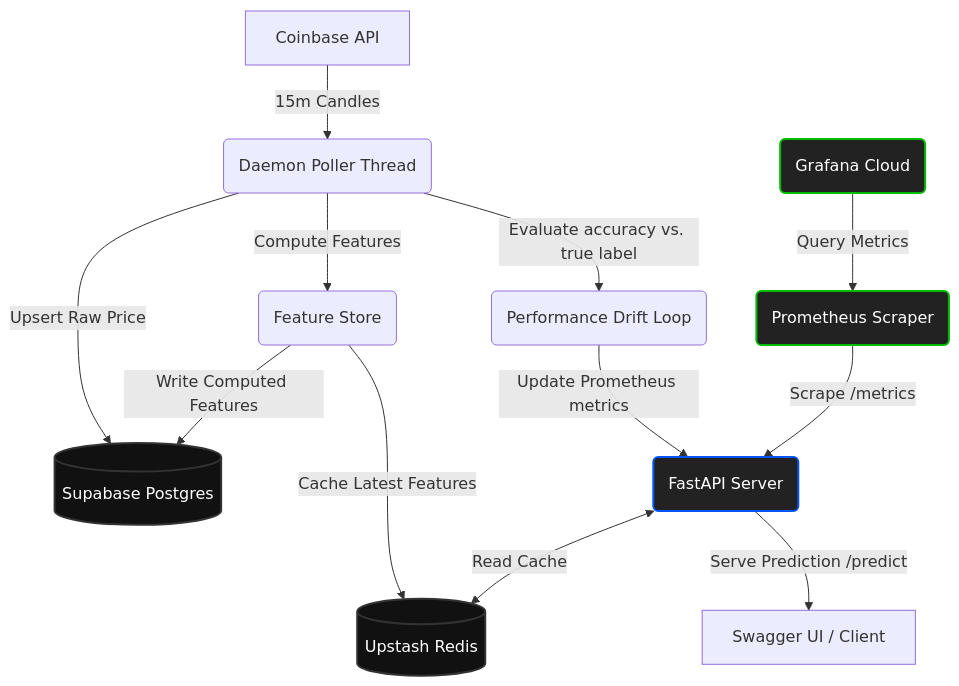
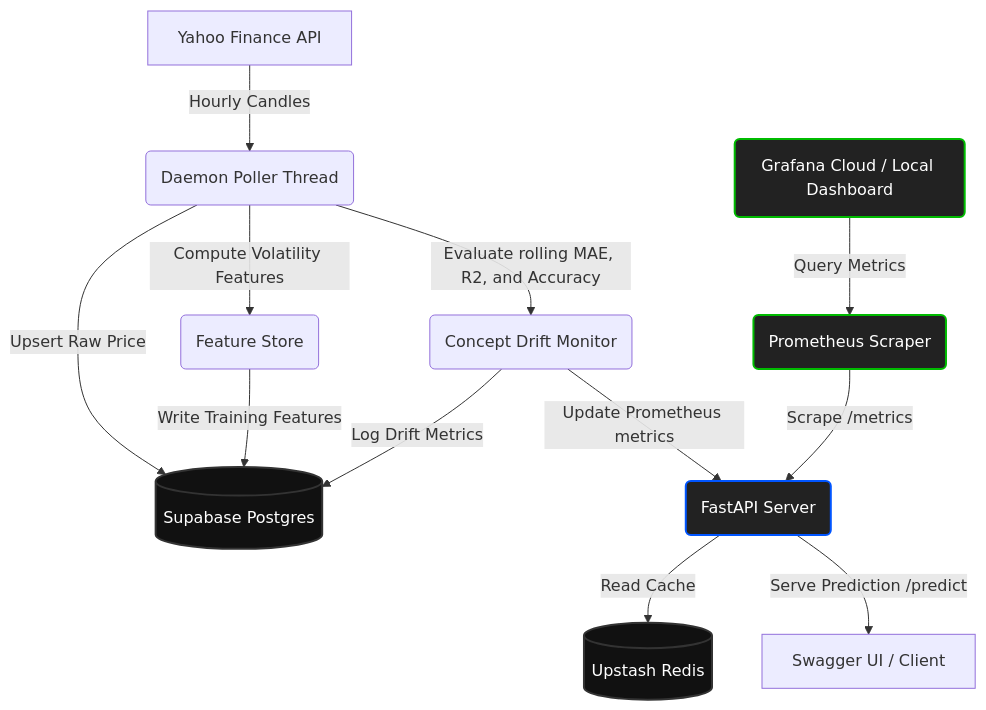
One commit to ShhlokRastogi/Realtime-nifty-pred-pipeline changed the diagram in README.md. Above: the diagram before and after it, drawn with Mermaid. The commit also changed other lines of this file and 6 other files, not shown here.

````diff
--- a/README.md
+++ b/README.md
@@ -11,21 +11,21 @@
 ```mermaid
 graph TD
     classDef database fill:#111,stroke:#333,stroke-width:2px,color:#fff;
     classDef service fill:#222,stroke:#05F,stroke-width:2px,color:#fff;
     classDef monitor fill:#222,stroke:#0B0,stroke-width:2px,color:#fff;
 
-    A[Coinbase API] -->|15m Candles| B(Daemon Poller Thread)
+    A[Yahoo Finance API] -->|Hourly Candles| B(Daemon Poller Thread)
     B -->|Upsert Raw Price| C[(Supabase Postgres)]:::database
-    B -->|Compute Features| D(Feature Store)
-    D -->|Write Computed Features| C
-    D -->|Cache Latest Features| E[(Upstash Redis)]:::database
+    B -->|Compute Volatility Features| D(Feature Store)
+    D -->|Write Training Features| C
     
-    F(FastAPI Server):::service <-->|Read Cache| E
+    F(FastAPI Server):::service -->|Read Cache| E[(Upstash Redis)]:::database
     F -->|Serve Prediction /predict| G[Swagger UI / Client]
     
-    B -->|Evaluate accuracy vs. true label| H(Performance Drift Loop)
+    B -->|Evaluate rolling MAE, R2, and Accuracy| H(Concept Drift Monitor)
+    H -->|Log Drift Metrics| C
     H -->|Update Prometheus metrics| F
     
     I(Prometheus Scraper):::monitor -->|Scrape /metrics| F
-    J(Grafana Cloud):::monitor -->|Query Metrics| I
+    J(Grafana Cloud / Local Dashboard):::monitor -->|Query Metrics| I
 ```
````
